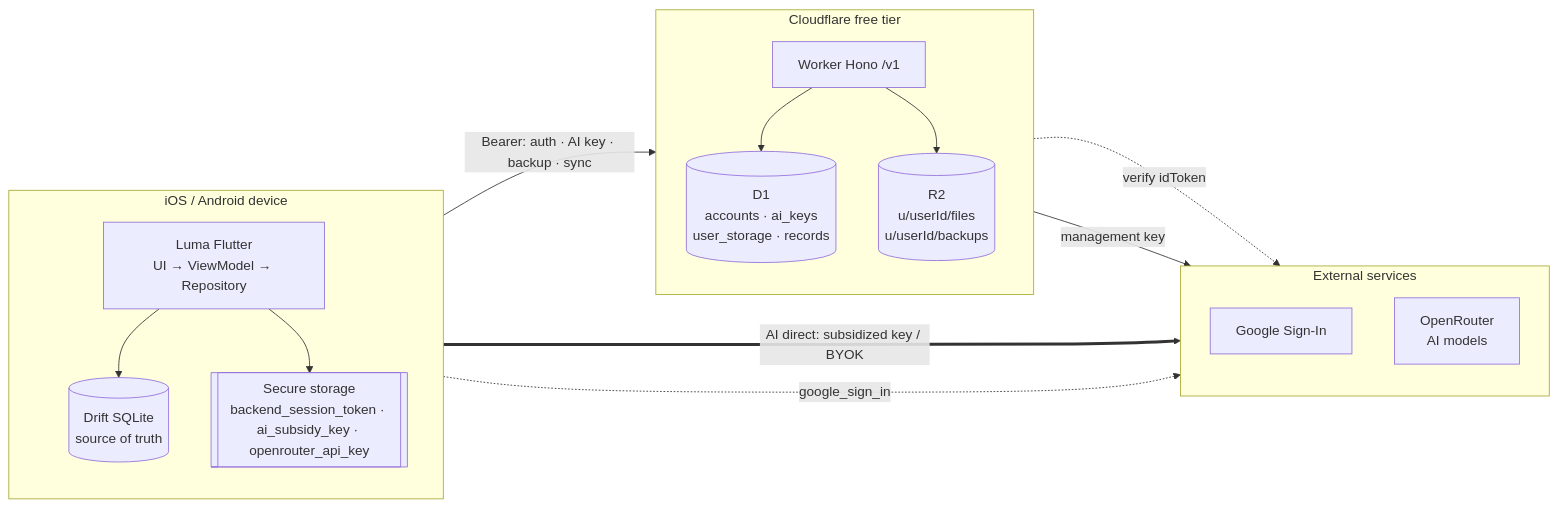
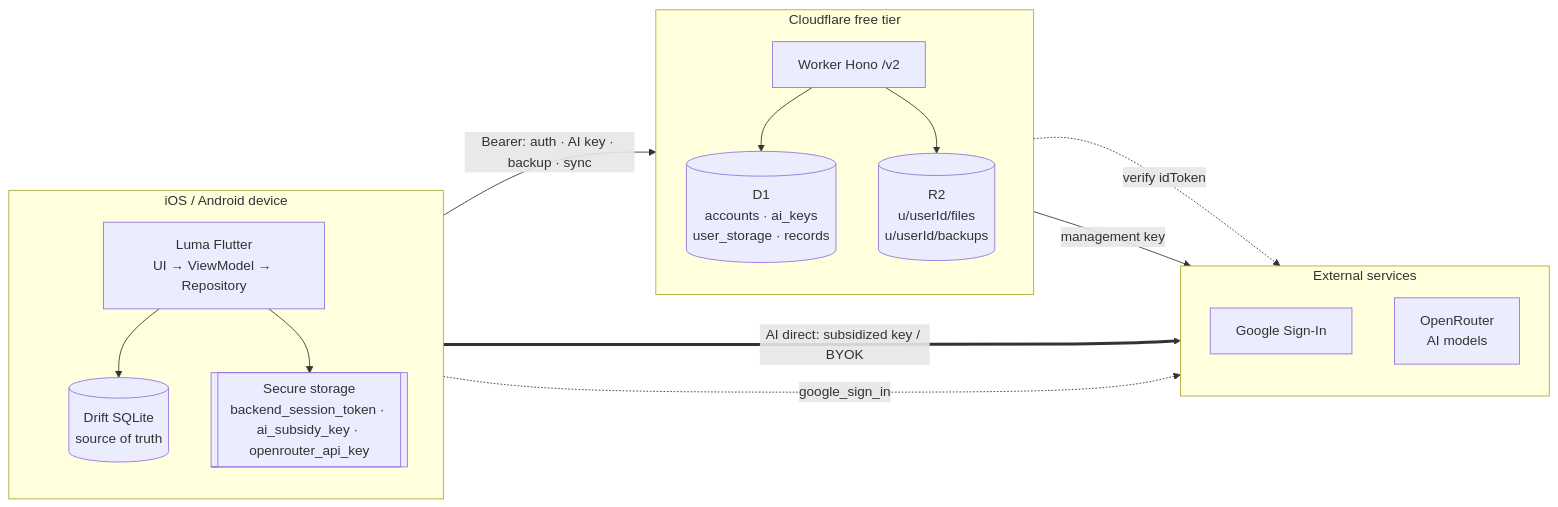
The first of 2 diagrams in docs/architecture.md (choiruladamm/luma), drawn with Mermaid before and after one commit. The commit also changed other lines of this file and 18 other files, not shown here.

````diff
--- a/docs/architecture.md
+++ b/docs/architecture.md
@@ -15,29 +15,29 @@
 ```mermaid
 flowchart LR
   subgraph Device["iOS / Android device"]
     direction TB
     App["Luma Flutter<br/>UI → ViewModel → Repository"]
     Drift[("Drift SQLite<br/>source of truth")]
     KC[["Secure storage<br/>backend_session_token · ai_subsidy_key · openrouter_api_key"]]
     App --> Drift
     App --> KC
   end
   subgraph CF["Cloudflare free tier"]
     direction TB
-    W["Worker Hono /v1"]
+    W["Worker Hono /v2"]
     D1[("D1<br/>accounts · ai_keys<br/>user_storage · records")]
     R2[("R2<br/>u/userId/files<br/>u/userId/backups")]
     W --> D1
     W --> R2
   end
   subgraph EXT["External services"]
     direction TB
     G["Google Sign-In"]
     OR["OpenRouter<br/>AI models"]
   end
   App -- "Bearer: auth · AI key · backup · sync" --> W
   W -. "verify idToken" .-> G
   W -- "management key" --> OR
   App == "AI direct: subsidized key / BYOK" ==> OR
   App -. "google_sign_in" .-> G
 ```
````
